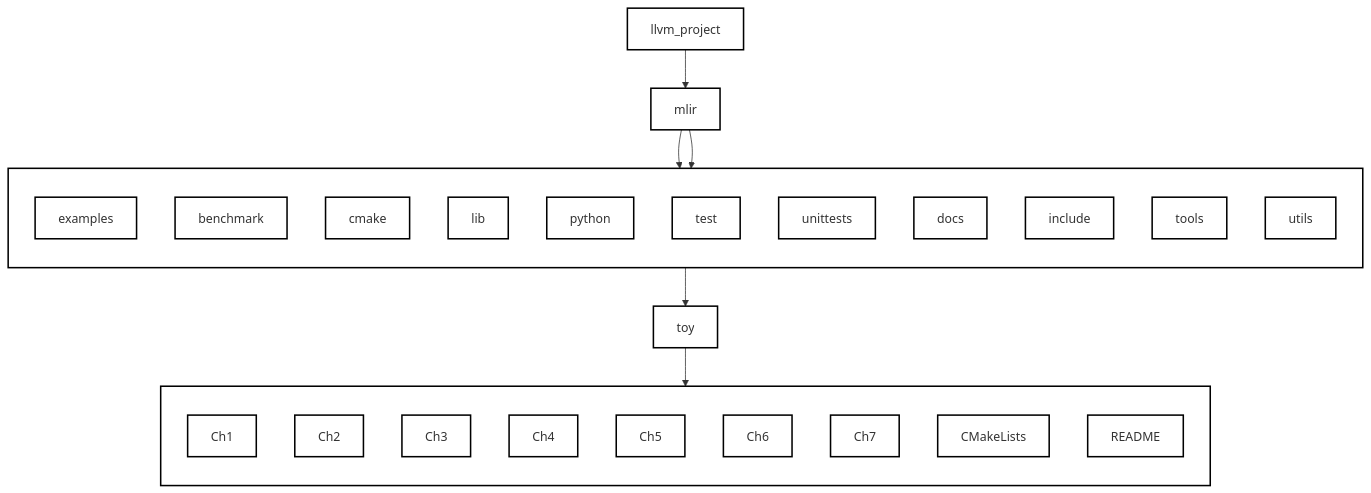
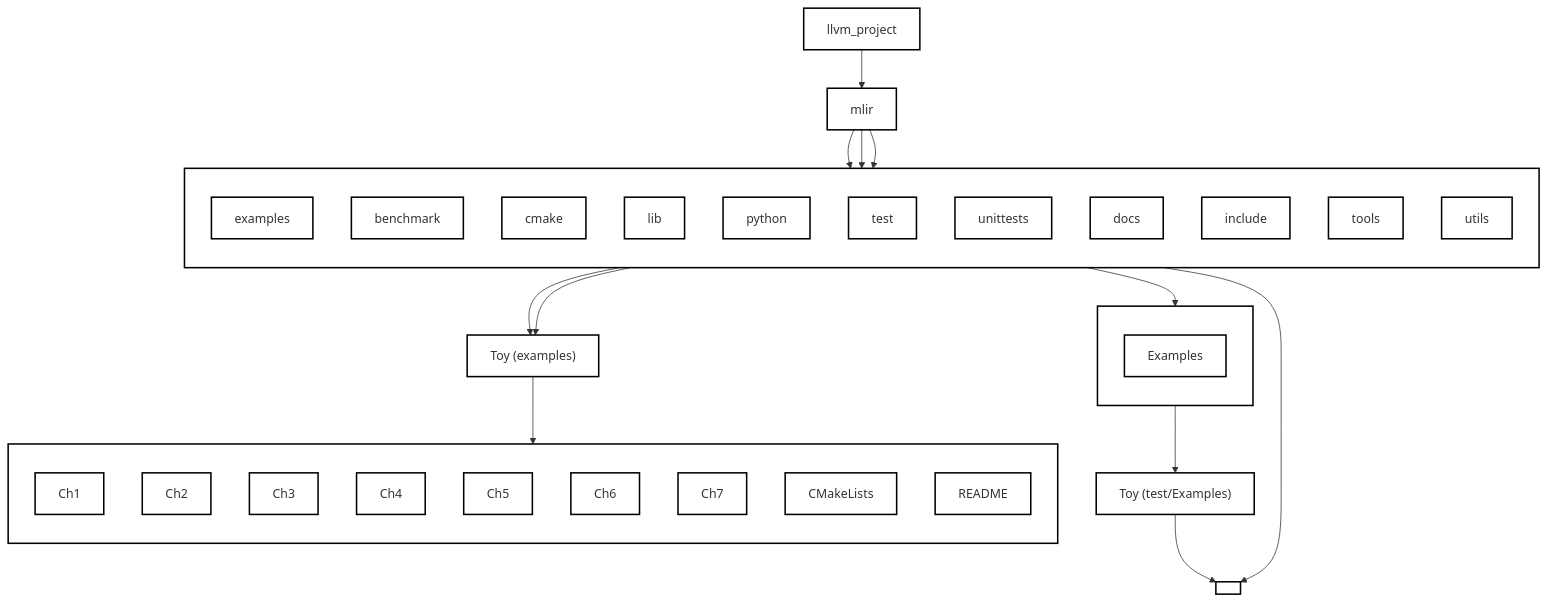
One commit to Ameya674/mlir_for_beginners changed the third of 3 diagrams in Introduction.md. Above: the diagram before and after it, drawn with Mermaid.

````diff
--- a/Introduction.md
+++ b/Introduction.md
@@ -143,47 +143,76 @@
 ```mermaid
 graph TD
   llvm_project["llvm_project"]
   mlir["mlir"]
   examples["examples"]
-  toy["toy"]
+  toy_examples["Toy (examples)"]
+  toy_test["Toy (test/Examples)"]
 
   llvm_project --> mlir
   mlir --> examples
-  examples --> toy
+  examples --> toy_examples
 
   subgraph mlir_box[ ]
     direction TB
     benchmark
     cmake
     examples
     lib
     python
     test
     unittests
     docs
     include
     tools
     utils
   end
 
   mlir --> mlir_box
 
-  subgraph toy_box[ ]
+  subgraph toy_examples_box[ ]
     direction TB
     Ch1
     Ch2
     Ch3
     Ch4
     Ch5
     Ch6
     Ch7
     CMakeLists
     README
   end
 
-  toy --> toy_box
+  toy_examples --> toy_examples_box
+
+  examples --> toy_examples
+
+  subgraph toy_test_box[ ]
+    direction TB
+    Ch1
+    Ch2
+    Ch3
+    Ch4
+    Ch5
+    Ch6
+    Ch7
+  end
+
+  test --> toy_test_box
+  toy_test --> toy_test_box
+
+  subgraph test_box[ ]
+    direction TB
+    Examples
+  end
+
+  mlir --> test
+  test --> test_box
+
+  test_box --> toy_test
 
   classDef default fill:#fff,stroke:#000,stroke-width:2px;
   class mlir_box default;
-  class toy_box default;
+  class toy_examples_box default;
+  class toy_test_box default;
+  class test_box default;
 ```
````
